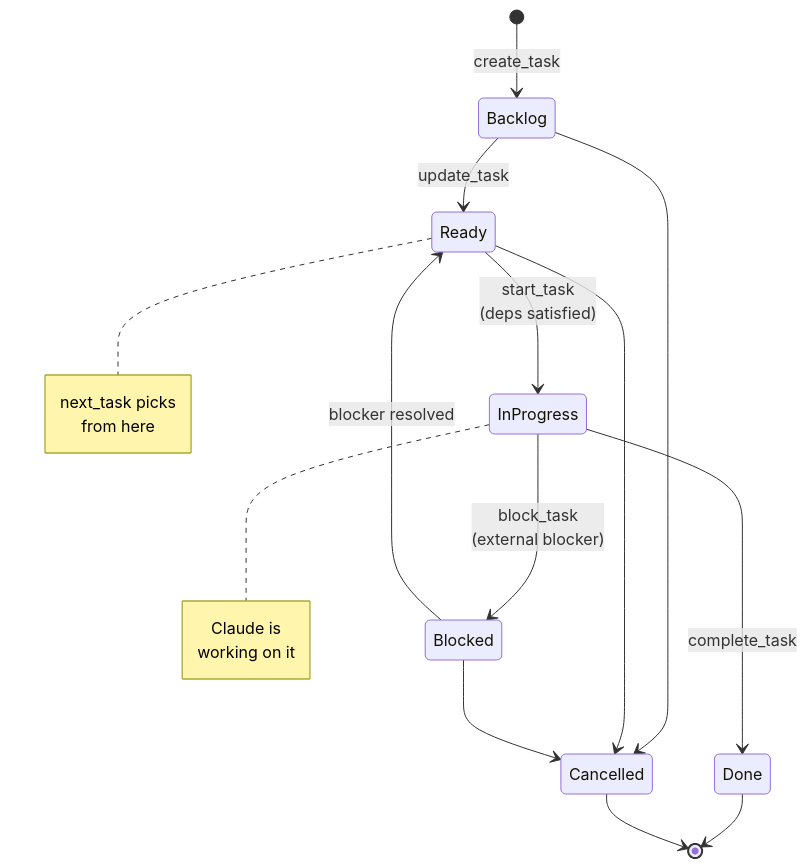
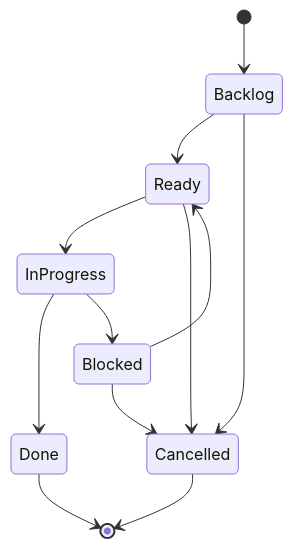
Before and after one commit to punparin/task-manager-mcp: the second of 3 diagrams in README.md, drawn with Mermaid. The commit also changed other lines of this file, not shown here.

First line of the commit message:
docs: simplify mermaid diagrams for GitHub compatibility

````diff
--- a/README.md
+++ b/README.md
@@ -27,23 +34,14 @@
 ```mermaid
 stateDiagram-v2
-    [*] --> Backlog: create_task
-    Backlog --> Ready: update_task
+    [*] --> Backlog
+    Backlog --> Ready
     Backlog --> Cancelled
-    Ready --> InProgress: start_task<br/>(deps satisfied)
+    Ready --> InProgress
     Ready --> Cancelled
-    InProgress --> Done: complete_task
-    InProgress --> Blocked: block_task<br/>(external blocker)
-    Blocked --> Ready: blocker resolved
+    InProgress --> Done
+    InProgress --> Blocked
+    Blocked --> Ready
     Blocked --> Cancelled
     Done --> [*]
     Cancelled --> [*]
-
-    note right of Ready
-        next_task picks
-        from here
-    end note
-    note right of InProgress
-        Claude is
-        working on it
-    end note
 ```
````
